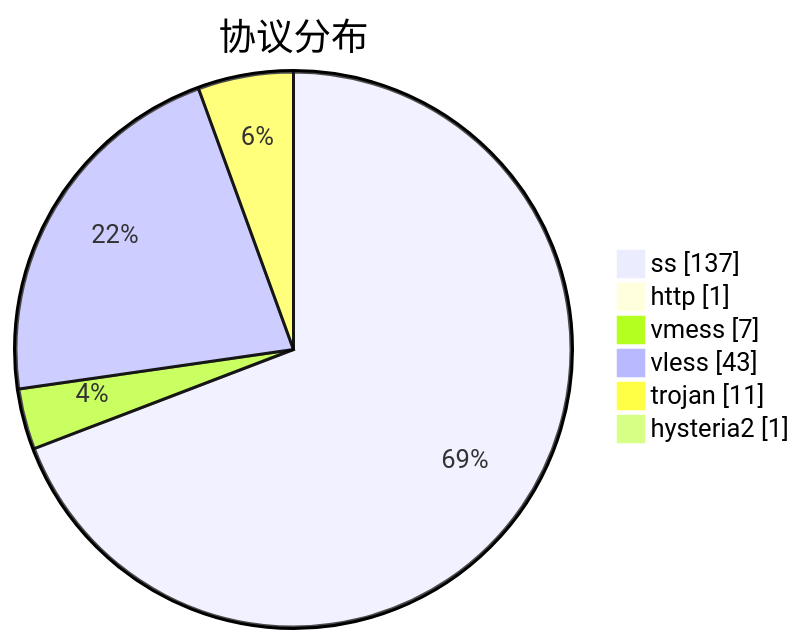
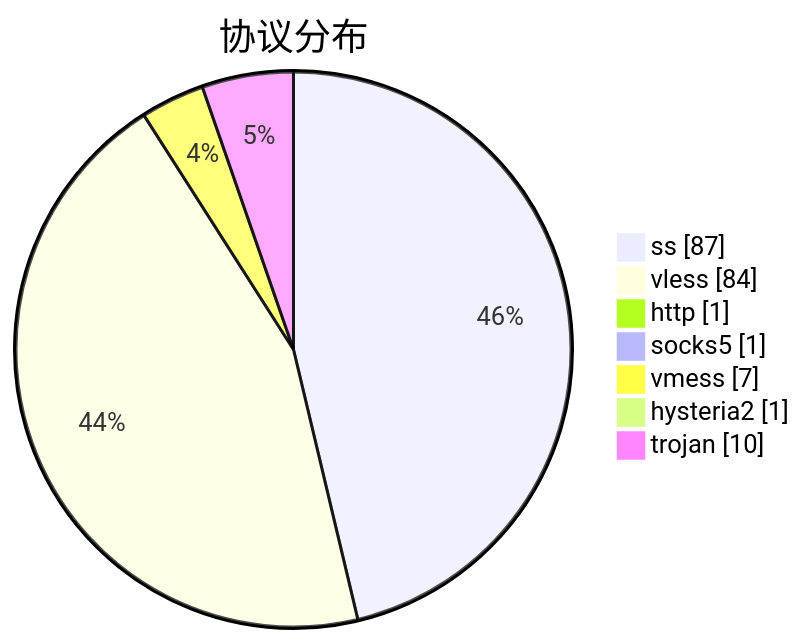
The third of 3 diagrams in subs/statistics/tested_within.md (qjlxg/airport), drawn with Mermaid before and after one commit. The commit also changed other lines of this file and 2 other files, not shown here.

````diff
--- a/subs/statistics/tested_within.md
+++ b/subs/statistics/tested_within.md
@@ -26,10 +28,11 @@
 ```mermaid
 pie showData
 title 协议分布
-"ss" : 137
+"ss" : 87
+"vless" : 84
 "http" : 1
+"socks5" : 1
 "vmess" : 7
-"vless" : 43
-"trojan" : 11
 "hysteria2" : 1
+"trojan" : 10
 ```
````
